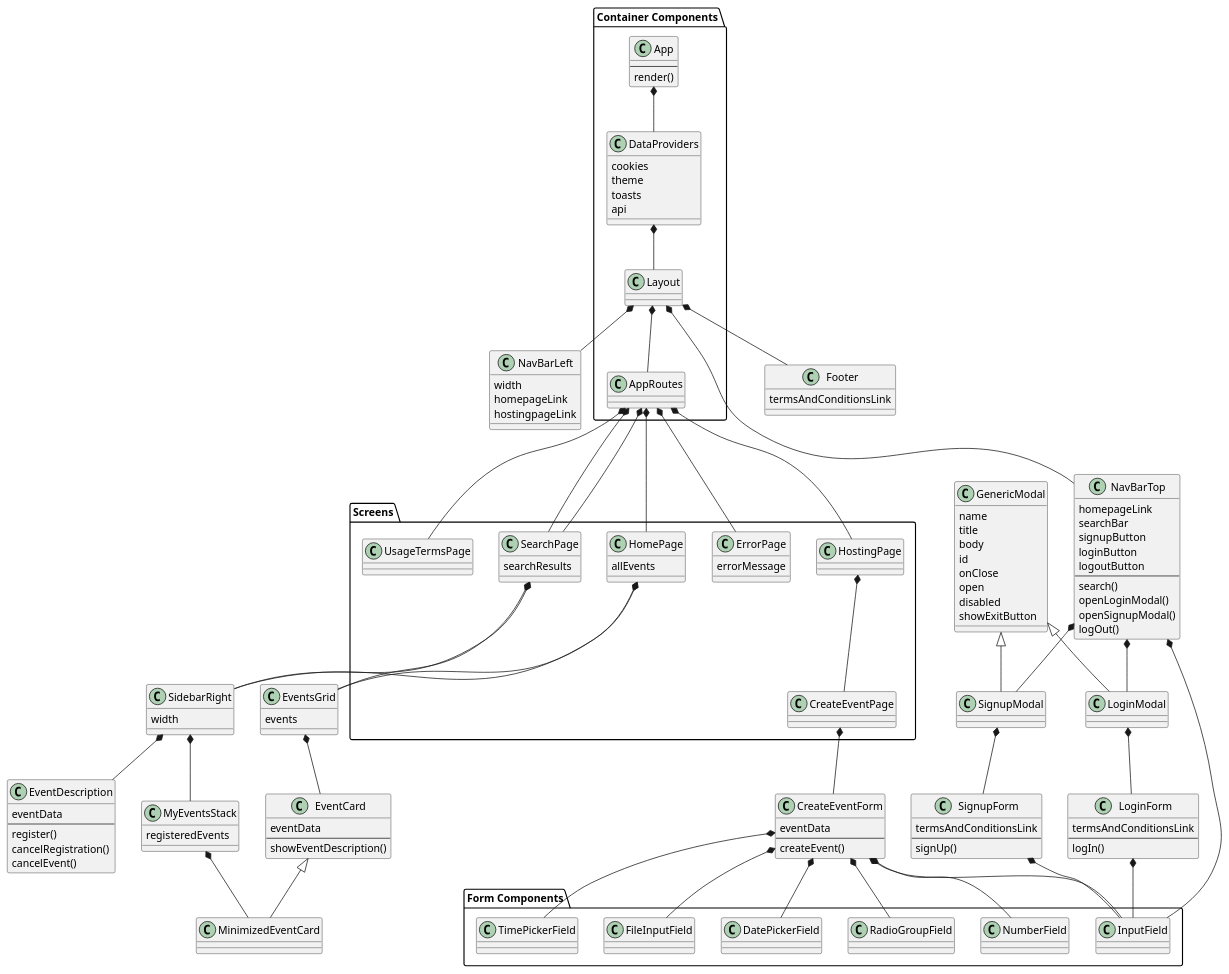
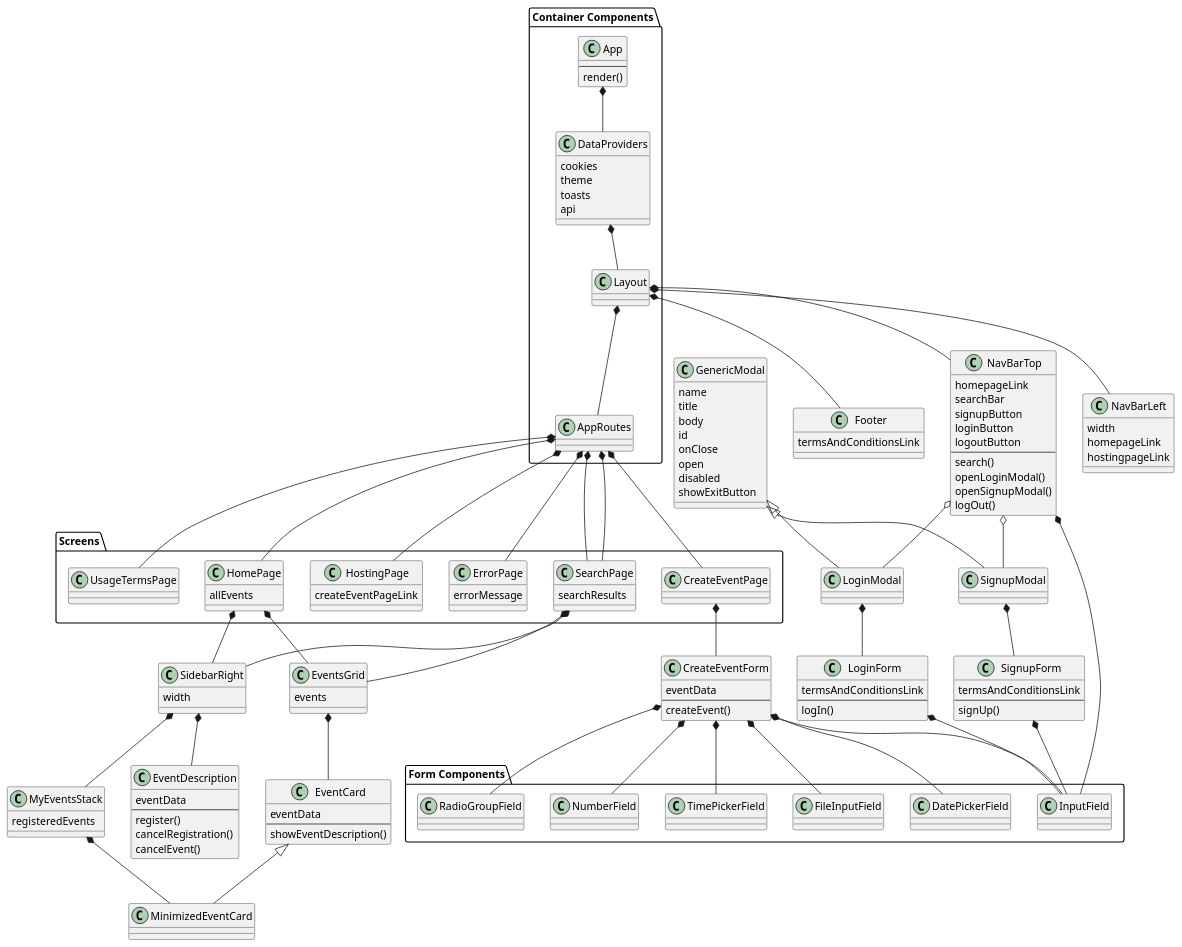
Before and after one commit to Wang-and-Co/Cis-3750-Project: the diagram in diagrams/frontEndDiagrams.puml, drawn with PlantUML. The commit also changed 5 other files, not shown here.

Commit message:
Added more diagrams

```diff
--- a/diagrams/frontEndDiagrams.puml
+++ b/diagrams/frontEndDiagrams.puml
@@ -1,172 +1,173 @@
 @startuml frontEndDiagrams
 
 package "Container Components" {
     class App {
         --
         render()
     }
     class AppRoutes
     class DataProviders {
         cookies
         theme
         toasts
         api
     }
     class Layout
 
     App *-- DataProviders
     DataProviders *-- Layout
     Layout *-- AppRoutes
 }
 package Screens {
     class HomePage {
         allEvents
     }
     class CreateEventPage
     class ErrorPage {
         errorMessage
     }
-    class HostingPage
+    class HostingPage {
+        createEventPageLink
+    }
     class SearchPage {
         searchResults
     }
     class UsageTermsPage
-
-    HostingPage *-- CreateEventPage
 }
 
 AppRoutes *-- HomePage
 AppRoutes *-- SearchPage
 AppRoutes *-- UsageTermsPage
 AppRoutes *-- ErrorPage
 AppRoutes *-- SearchPage
 AppRoutes *-- HostingPage
+AppRoutes *-- CreateEventPage
 
 class NavBarLeft {
     width
     homepageLink
     hostingpageLink
 }
 
 class NavBarTop {
     homepageLink
     searchBar
     signupButton
     loginButton
     logoutButton
     --
     search()
     openLoginModal()
     openSignupModal()
     logOut()
 }
 
 class Footer {
     termsAndConditionsLink
 }
 
 Layout *-- NavBarLeft
 Layout *-- NavBarTop
 Layout *-- Footer
 
 class GenericModal {
     name
     title
     body
     id
     onClose
     open
     disabled
     showExitButton
 }
 class LoginModal
 class SignupModal 
 
 GenericModal <|-- LoginModal
 GenericModal <|-- SignupModal
 
-NavBarTop *-- LoginModal
-NavBarTop *-- SignupModal
+NavBarTop o-- LoginModal
+NavBarTop o-- SignupModal
 
 class SidebarRight {
     width
 }
 class MyEventsStack {
     registeredEvents
 }
 class EventDescription {
     eventData
     --
     register()
     cancelRegistration()
     cancelEvent()
 }
 class EventCard {
     eventData
     --
     showEventDescription()
 }
 class MinimizedEventCard
 
 EventCard <|-- MinimizedEventCard
 MyEventsStack *-- MinimizedEventCard
 
 SidebarRight *-- MyEventsStack
 SidebarRight *-- EventDescription
 
 class EventsGrid {
     events
 }
 
 EventsGrid *-- EventCard
 
 HomePage *-- SidebarRight
 HomePage *-- EventsGrid
 
 SearchPage *-- SidebarRight
 SearchPage *-- EventsGrid
 
 class CreateEventForm {
     eventData
     --
     createEvent()
 }
 
 class SignupForm {
     termsAndConditionsLink
     --
     signUp()
 }
 
 class LoginForm {
     termsAndConditionsLink
     --
     logIn()
 }
 
 SignupModal *-- SignupForm
 LoginModal *-- LoginForm
 CreateEventPage *-- CreateEventForm
 
 package "Form Components" {
     class DatePickerField
     class FileInputField
     class InputField
     class NumberField
     class RadioGroupField
     class TimePickerField
 }
 
 CreateEventForm *-- DatePickerField
 CreateEventForm *-- FileInputField
 CreateEventForm *-- InputField
 CreateEventForm *-- NumberField
 CreateEventForm *-- RadioGroupField
 CreateEventForm *-- TimePickerField
 
 SignupForm *-- InputField
 
 LoginForm *-- InputField
 
 NavBarTop *-- InputField
 @enduml
```
